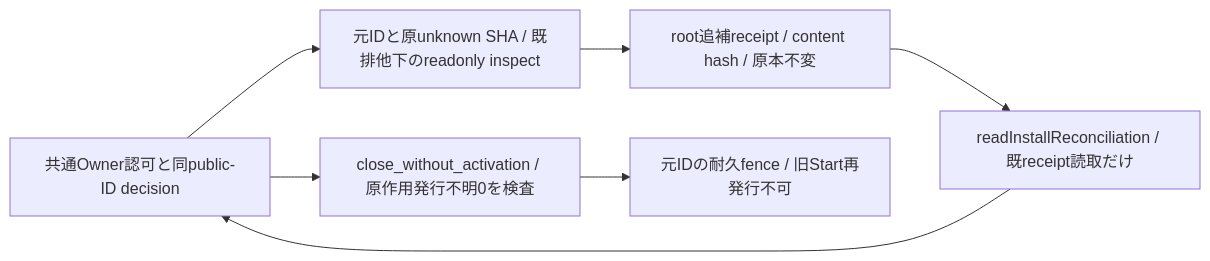
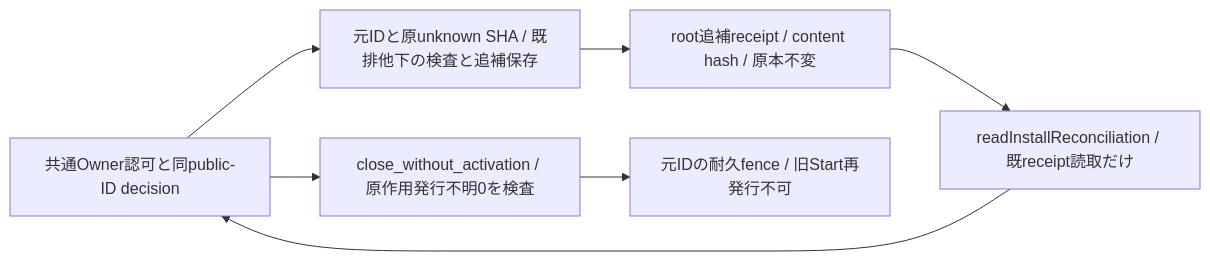
Before and after one commit to kitepon/BellTeam: the second of 5 diagrams in docs/architecture/modules/runtime/module-installer.md, drawn with Mermaid. The commit also changed other lines of this file and 3 other files, not shown here.

````diff
--- a/docs/architecture/modules/runtime/module-installer.md
+++ b/docs/architecture/modules/runtime/module-installer.md
@@ -49,9 +49,9 @@
 ```mermaid
 flowchart LR
-  Common[共通Owner認可と同public-ID decision] --> Inspect[元IDと原unknown SHA / 既排他下のreadonly inspect]
+  Common[共通Owner認可と同public-ID decision] --> Inspect[元IDと原unknown SHA / 既排他下の検査と追補保存]
   Inspect --> Receipt[root追補receipt / content hash / 原本不変]
   Receipt --> Read[readInstallReconciliation / 既receipt読取だけ]
   Read --> Common
   Common --> Fence[close_without_activation / 原作用発行不明0を検査]
   Fence --> Store[元IDの耐久fence / 旧Start再発行不可]
 ```
````
